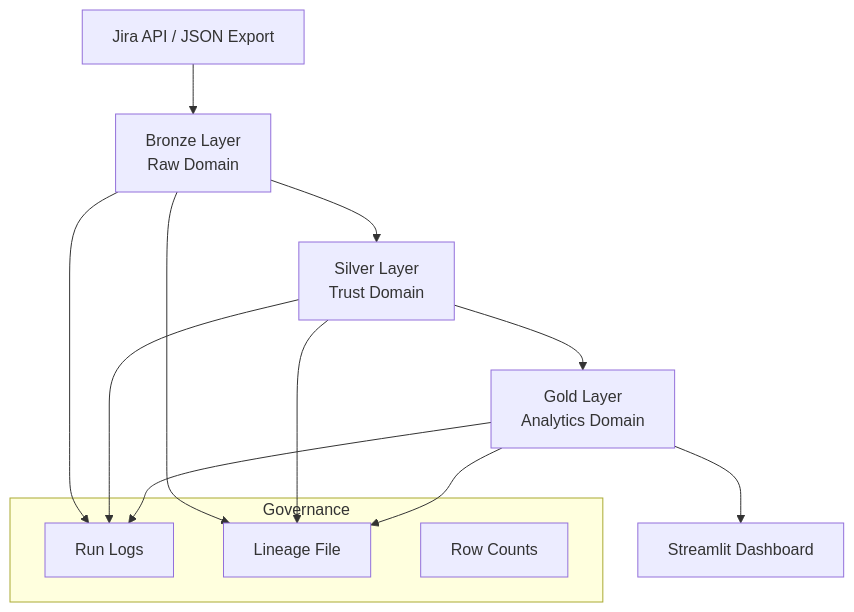
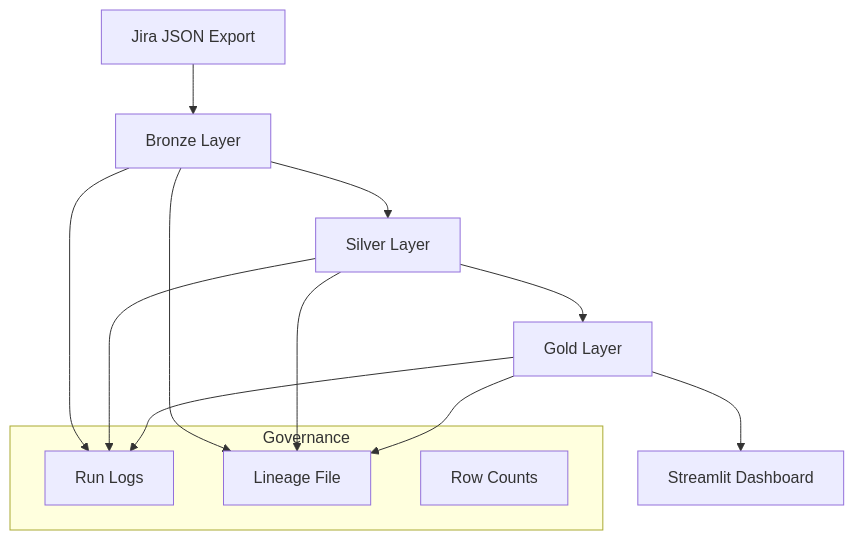
The diagram in README.md (brmsouza/jira-sla-pipeline), drawn with Mermaid before and after one commit. The commit also changed other lines of this file and 2 other files, not shown here.

````diff
--- a/README.md
+++ b/README.md
@@ -168,22 +174,20 @@
 ```mermaid
 flowchart TD
-
-A[Jira API / JSON Export] --> B[Bronze Layer<br>Raw Domain]
-B --> C[Silver Layer<br>Trust Domain]
-C --> D[Gold Layer<br>Analytics Domain]
+A[Jira JSON Export] --> B[Bronze Layer]
+B --> C[Silver Layer]
+C --> D[Gold Layer]
 D --> E[Streamlit Dashboard]
 
 subgraph Governance
 F[Run Logs]
 G[Lineage File]
 H[Row Counts]
 end
 
 B --> F
 C --> F
 D --> F
-
 B --> G
 C --> G
 D --> G
 ```
````
